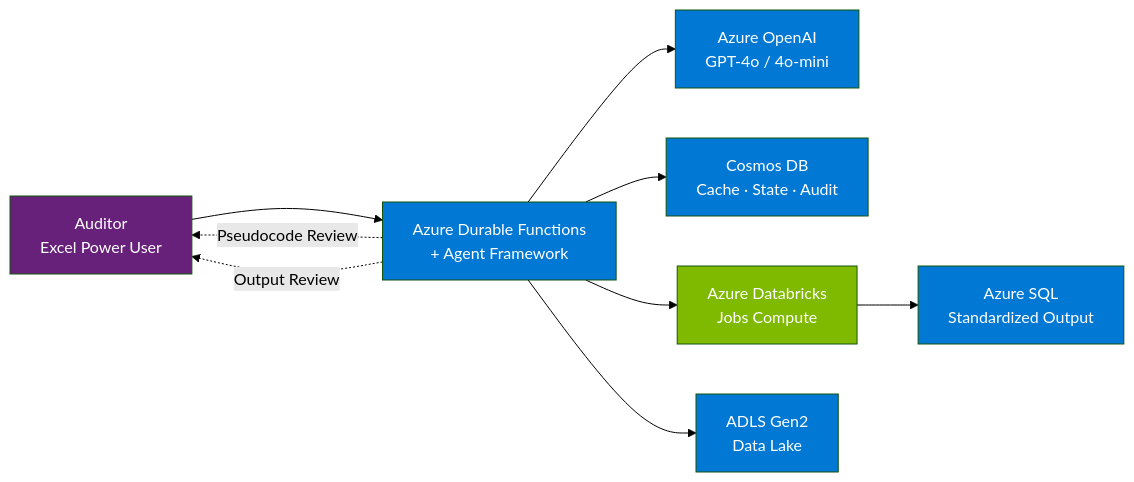
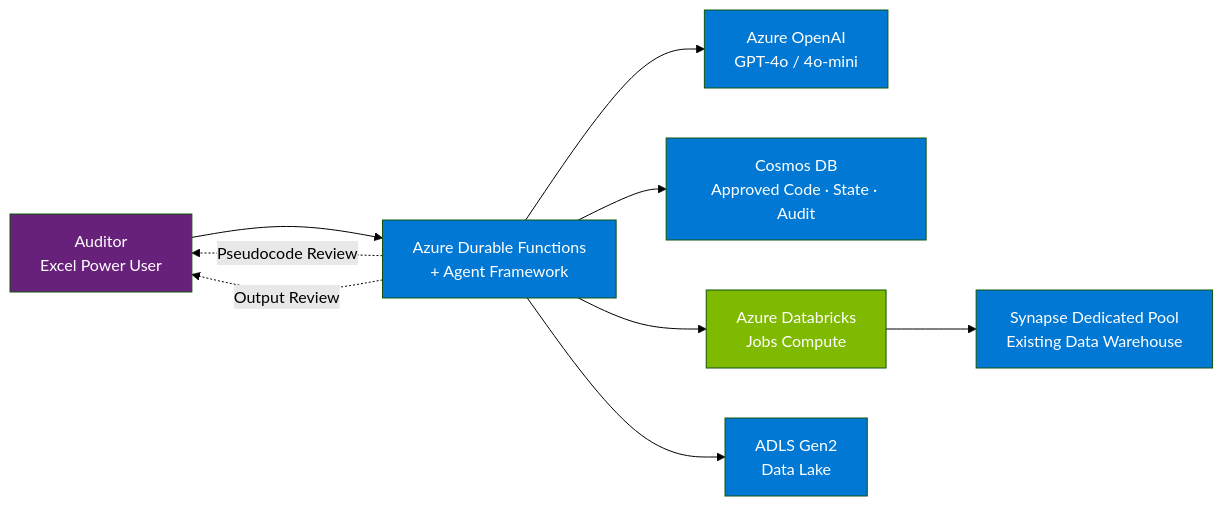
One commit to DanGiannone1/data-engineering-agent changed the first of 5 diagrams in docs/design.md. Above: the diagram before and after it, drawn with Mermaid (forest theme). The commit also changed other lines of this file and 1 other file, not shown here.

First line of the commit message:
Comprehensive design.md rewrite: direct tools, per-client approved code, Synapse dedicated pool

````diff
--- a/docs/design.md
+++ b/docs/design.md
@@ -90,19 +90,19 @@
 ```mermaid
 graph LR
     A[Auditor<br/>Excel Power User] --> B[Azure Durable Functions<br/>+ Agent Framework]
     B --> C[Azure OpenAI<br/>GPT-4o / 4o-mini]
-    B --> D[Cosmos DB<br/>Cache · State · Audit]
+    B --> D[Cosmos DB<br/>Approved Code · State · Audit]
     B --> E[Azure Databricks<br/>Jobs Compute]
     B --> F[ADLS Gen2<br/>Data Lake]
-    E --> G[Azure SQL<br/>Standardized Output]
+    E --> G[Synapse Dedicated Pool<br/>Existing Data Warehouse]
     B -.->|Pseudocode Review| A
     B -.->|Output Review| A
 
     style A fill:#68217a,color:#fff
     style B fill:#0078d4,color:#fff
     style C fill:#0078d4,color:#fff
     style D fill:#0078d4,color:#fff
     style E fill:#7fba00,color:#fff
     style F fill:#0078d4,color:#fff
     style G fill:#0078d4,color:#fff
 ```
````
